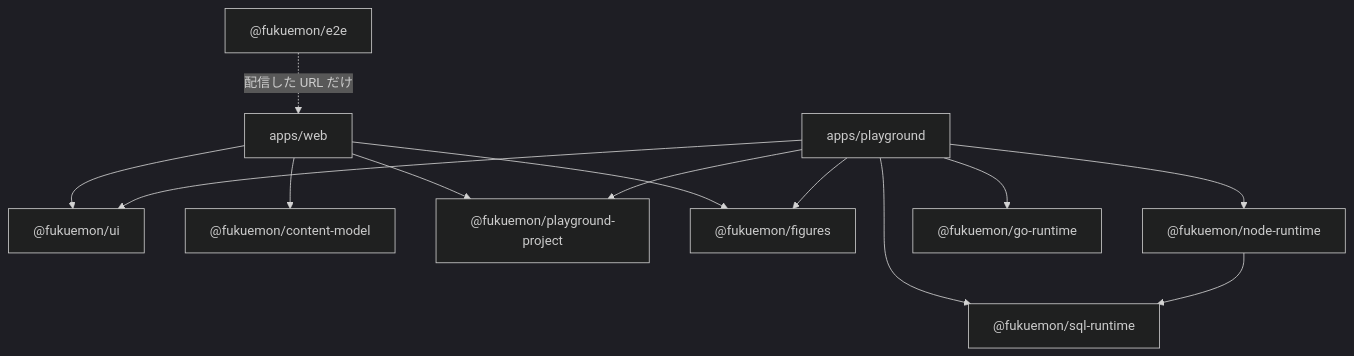
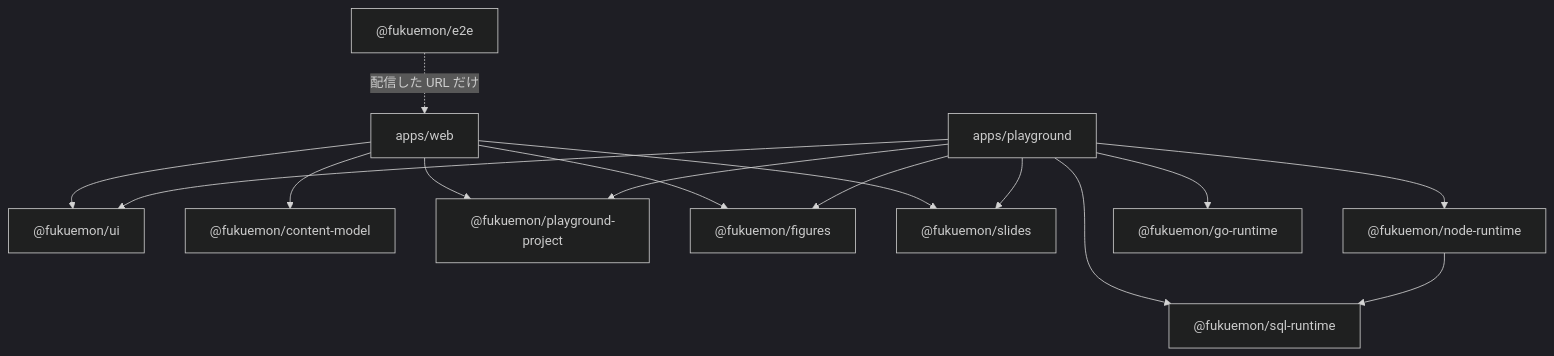
The second of 2 diagrams in docs/design/DesignDoc.md (Fukuemon/fukuemon.dev), drawn with Mermaid (dark theme) before and after one commit. The commit also changed other lines of this file and 3 other files, not shown here.

````diff
--- a/docs/design/DesignDoc.md
+++ b/docs/design/DesignDoc.md
@@ -122,15 +123,17 @@
 ```mermaid
 flowchart TD
     web["apps/web"] --> ui["@fukuemon/ui"]
     play["apps/playground"] --> ui
     web --> cm["@fukuemon/content-model"]
     web --> pp["@fukuemon/playground-project"]
     play --> pp
     web --> fig["@fukuemon/figures"]
     play --> fig
+    web --> slides["@fukuemon/slides"]
+    play --> slides
     play --> sqlrt["@fukuemon/sql-runtime"]
     play --> nodert["@fukuemon/node-runtime"]
     play --> gort["@fukuemon/go-runtime"]
     nodert --> sqlrt
     e2e["@fukuemon/e2e"] -. "配信した URL だけ" .-> web
 ```
````
